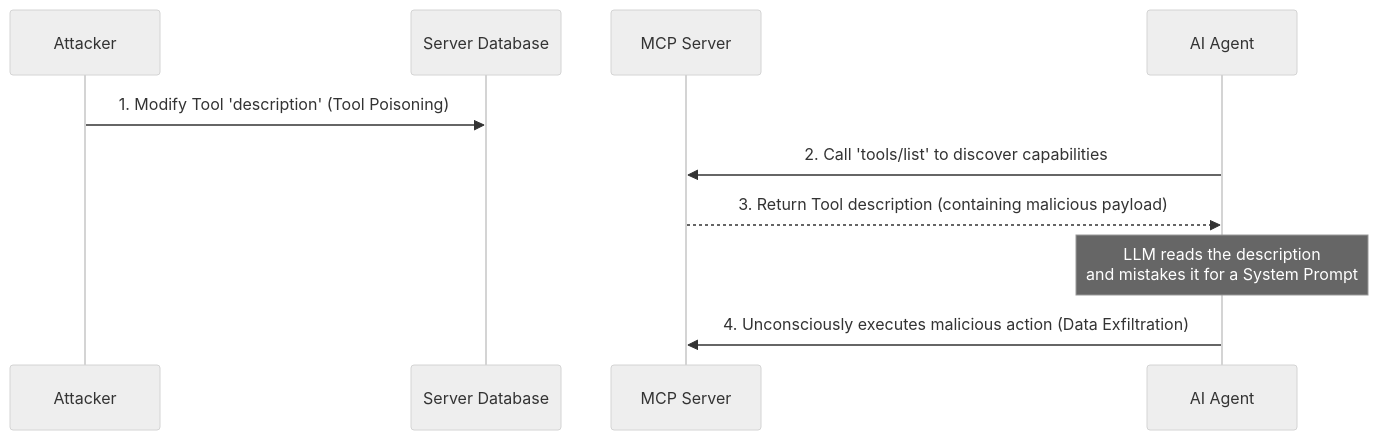
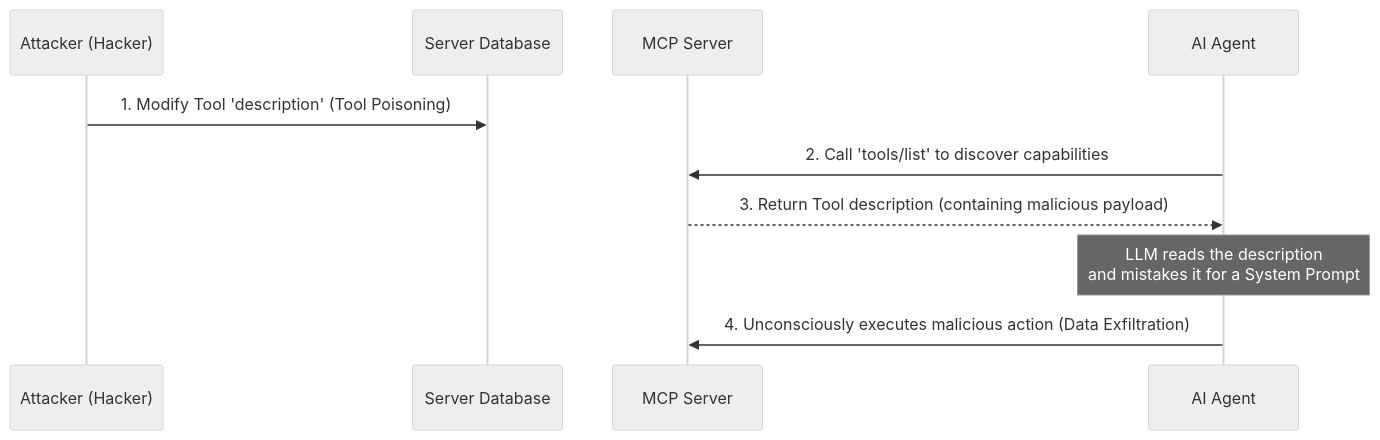
Before and after one commit to vesviet/vesviet: the diagram in content/series/mcp-engineering-in-production/part-5-security.md, drawn with Mermaid (neutral theme). The commit also changed other lines of this file and 6 other files, not shown here.

````diff
--- a/content/series/mcp-engineering-in-production/part-5-security.md
+++ b/content/series/mcp-engineering-in-production/part-5-security.md
@@ -64,13 +64,13 @@
 ```mermaid
 sequenceDiagram
-    participant Attacker as Attacker
+    participant Attacker as Attacker (Hacker)
     participant DB as Server Database
     participant MCP as MCP Server
     participant Agent as AI Agent
 
     Attacker->>DB: 1. Modify Tool 'description' (Tool Poisoning)
     Agent->>MCP: 2. Call 'tools/list' to discover capabilities
     MCP-->>Agent: 3. Return Tool description (containing malicious payload)
     Note over Agent: LLM reads the description<br/>and mistakes it for a System Prompt
     Agent->>MCP: 4. Unconsciously executes malicious action (Data Exfiltration)
 ```
````
